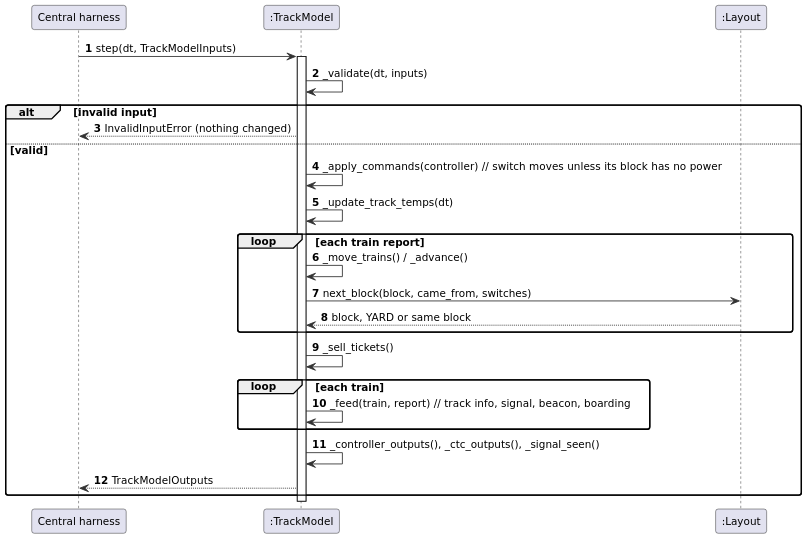
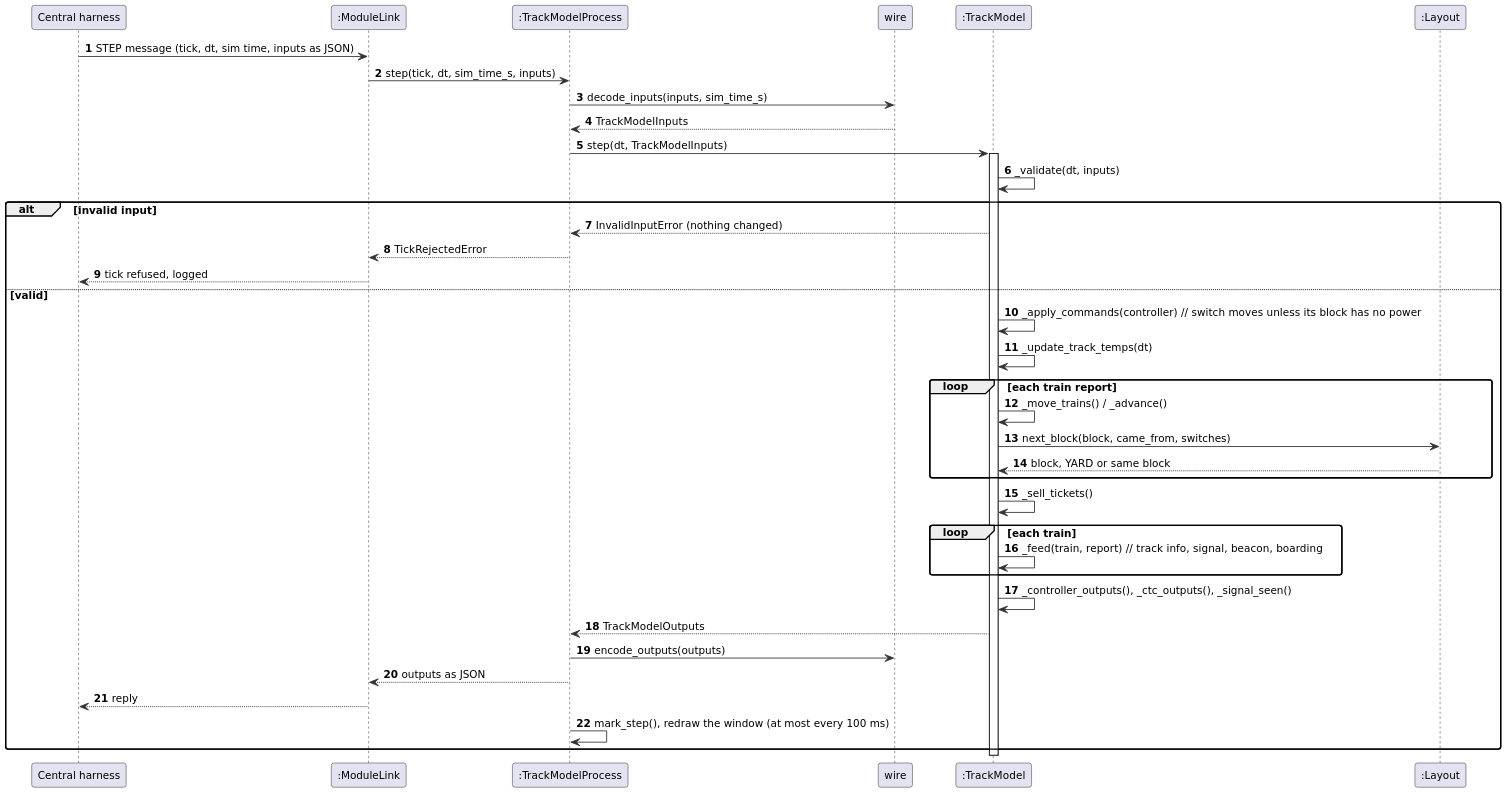
One commit to Landiss04/Track-Overflow changed the diagram in documents/uml/track_model/sd15_tick.puml. Above: the diagram before and after it, drawn with PlantUML. The commit also changed 14 other files, not shown here.

First line of the commit message:
Track Model SDD: class diagrams show every function the sequences use

```diff
--- a/documents/uml/track_model/sd15_tick.puml
+++ b/documents/uml/track_model/sd15_tick.puml
@@ -1,36 +1,49 @@
 @startuml
 skinparam shadowing false
 skinparam dpi 170
 skinparam defaultFontName DejaVu Sans
 skinparam defaultFontSize 12
 skinparam roundCorner 6
 skinparam ArrowColor #333333
 skinparam BackgroundColor white
 skinparam sequenceMessageAlign left
 skinparam ParticipantPadding 20
 autonumber
 participant "Central harness" as H
+participant ":ModuleLink" as ML
+participant ":TrackModelProcess" as P
+participant "wire" as W
 participant ":TrackModel" as TM
 participant ":Layout" as L
-H -> TM : step(dt, TrackModelInputs)
+H -> ML : STEP message (tick, dt, sim time, inputs as JSON)
+ML -> P : step(tick, dt, sim_time_s, inputs)
+P -> W : decode_inputs(inputs, sim_time_s)
+W --> P : TrackModelInputs
+P -> TM : step(dt, TrackModelInputs)
 activate TM
 TM -> TM : _validate(dt, inputs)
 alt invalid input
-  TM --> H : InvalidInputError (nothing changed)
+  TM --> P : InvalidInputError (nothing changed)
+  P --> ML : TickRejectedError
+  ML --> H : tick refused, logged
 else valid
   TM -> TM : _apply_commands(controller)  // switch moves unless its block has no power
   TM -> TM : _update_track_temps(dt)
   loop each train report
     TM -> TM : _move_trains() / _advance()
     TM -> L : next_block(block, came_from, switches)
     L --> TM : block, YARD or same block
   end
   TM -> TM : _sell_tickets()
   loop each train
     TM -> TM : _feed(train, report)  // track info, signal, beacon, boarding
   end
   TM -> TM : _controller_outputs(), _ctc_outputs(), _signal_seen()
-  TM --> H : TrackModelOutputs
+  TM --> P : TrackModelOutputs
+  P -> W : encode_outputs(outputs)
+  P --> ML : outputs as JSON
+  ML --> H : reply
+  P -> P : mark_step(), redraw the window (at most every 100 ms)
 end
 deactivate TM
 @enduml
```
